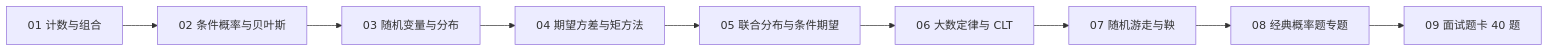
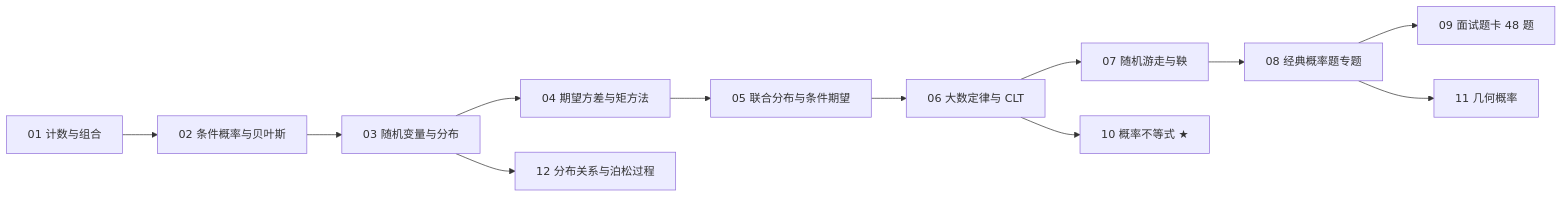
Before and after one commit to Aayloo/statistics-for-qs: the diagram in 01_probability/README.md, drawn with Mermaid. The commit also changed other lines of this file and 7 other files, not shown here.

````diff
--- a/01_probability/README.md
+++ b/01_probability/README.md
@@ -9,11 +9,14 @@
 ```mermaid
 flowchart LR
     C1[01 计数与组合] --> C2[02 条件概率与贝叶斯]
     C2 --> C3[03 随机变量与分布]
     C3 --> C4[04 期望方差与矩方法]
     C4 --> C5[05 联合分布与条件期望]
     C5 --> C6[06 大数定律与 CLT]
     C6 --> C7[07 随机游走与鞅]
+    C6 --> C10[10 概率不等式 ★]
     C7 --> C8[08 经典概率题专题]
-    C8 --> C9[09 面试题卡 40 题]
+    C8 --> C9[09 面试题卡 48 题]
+    C8 --> C11[11 几何概率]
+    C3 --> C12[12 分布关系与泊松过程]
 ```
````
